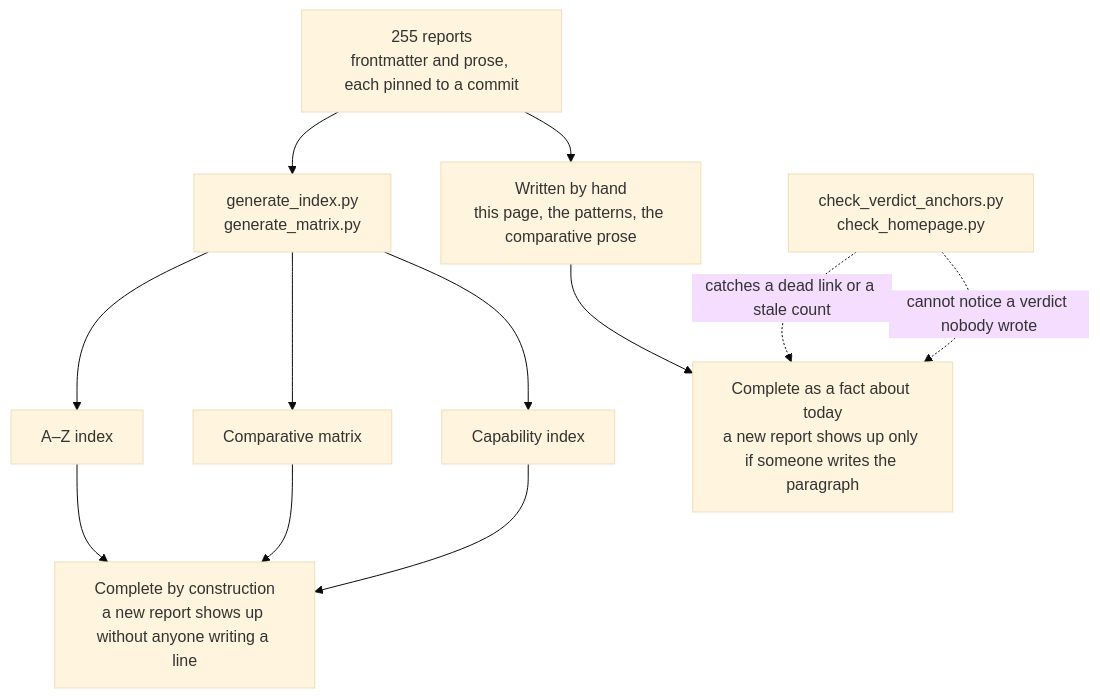
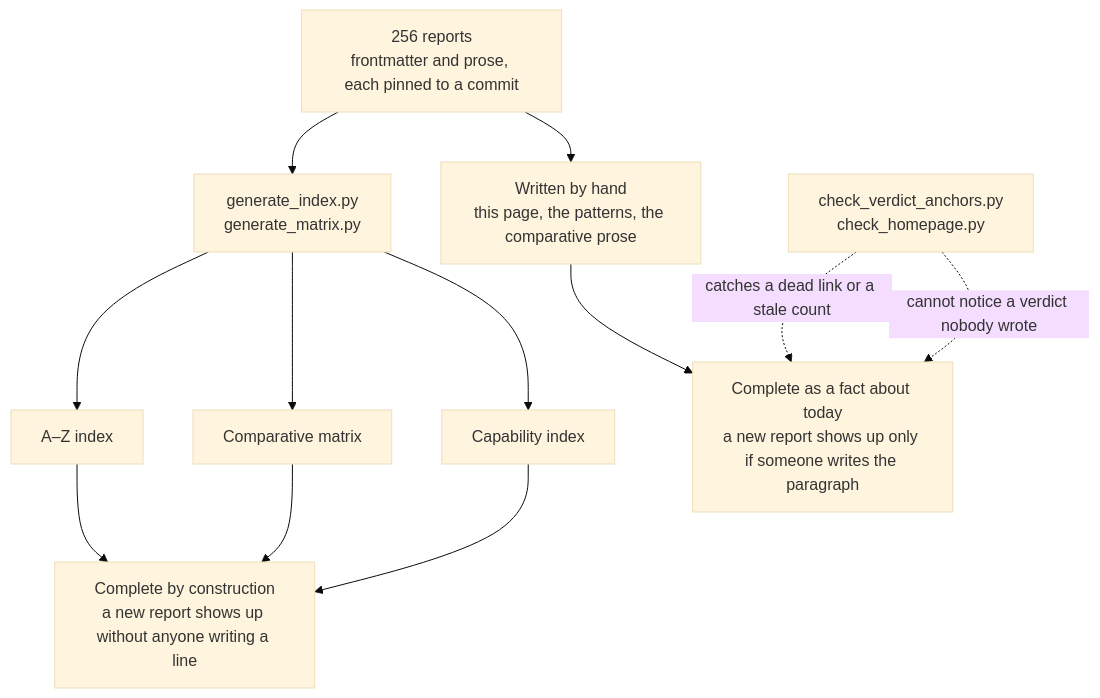
The diagram in content/verdicts.md (neoneye/agent-memory-atlas), drawn with Mermaid (base theme) before and after one commit. The commit also changed other lines of this file and 19 other files, not shown here.

````diff
--- a/content/verdicts.md
+++ b/content/verdicts.md
@@ -40,15 +40,15 @@
 ```mermaid
 flowchart TD
-    R["255 reports<br/>frontmatter and prose, each pinned to a commit"]
+    R["256 reports<br/>frontmatter and prose, each pinned to a commit"]
     R --> GEN["generate_index.py<br/>generate_matrix.py"]
     R --> HAND["Written by hand<br/>this page, the patterns, the comparative prose"]
     GEN --> AZ["A–Z index"]
     GEN --> MX["Comparative matrix"]
     GEN --> CI["Capability index"]
     AZ --> CONST["Complete by construction<br/>a new report shows up without anyone writing a line"]
     MX --> CONST
     CI --> CONST
     HAND --> TODAY["Complete as a fact about today<br/>a new report shows up only if someone writes the paragraph"]
     CHK["check_verdict_anchors.py<br/>check_homepage.py"] -.->|"catches a dead link or a stale count"| TODAY
     CHK -.->|"cannot notice a verdict nobody wrote"| TODAY
 ```
````
